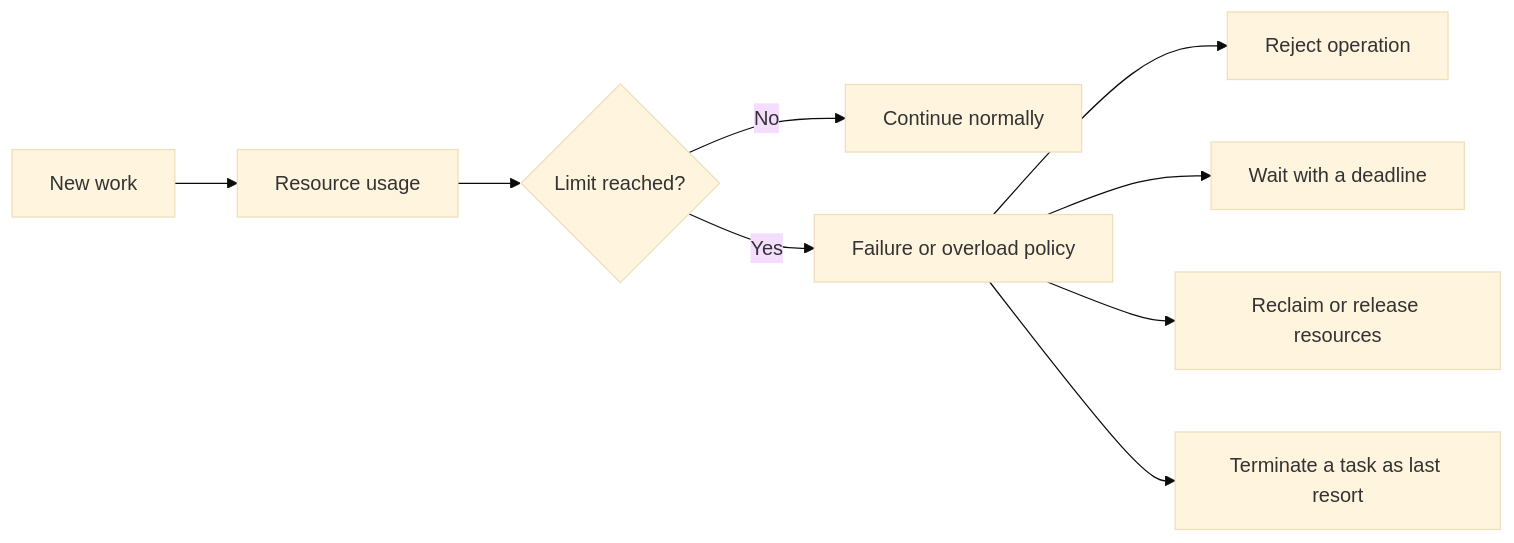
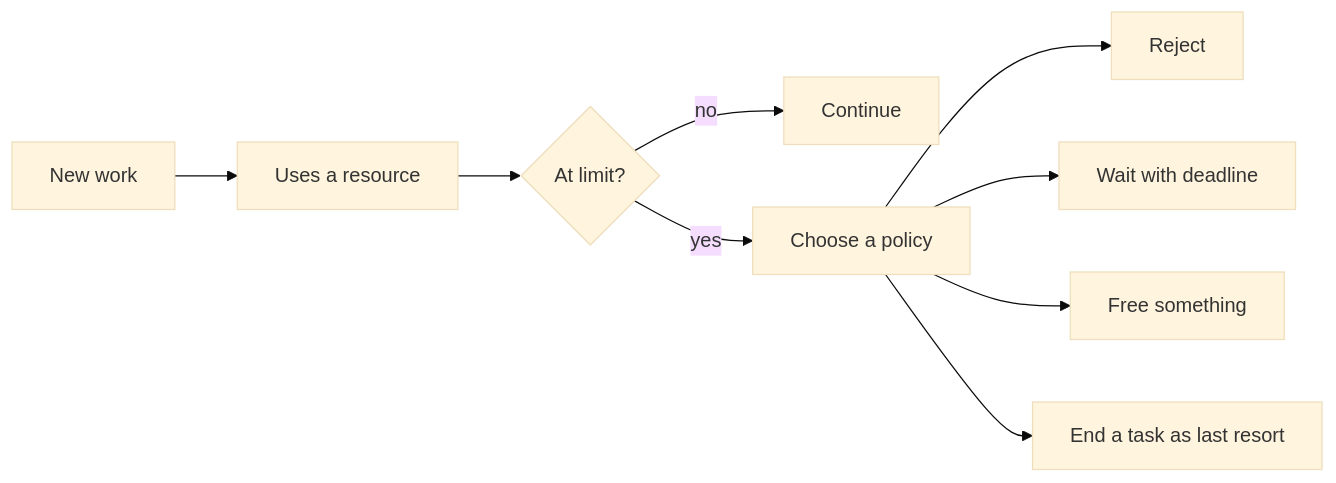
Before and after one commit to amrrdev/amrrdev.github.io: the first of 4 diagrams in _posts/2026-08-24-linux-resource-limits-and-the-oom-killer.md, drawn with Mermaid (base theme). The commit also changed other lines of this file and 15 other files, not shown here.

````diff
--- a/_posts/2026-08-24-linux-resource-limits-and-the-oom-killer.md
+++ b/_posts/2026-08-24-linux-resource-limits-and-the-oom-killer.md
@@ -46,11 +37,11 @@
 ```mermaid
 flowchart LR
-    Work[New work] --> Resource[Resource usage]
-    Resource --> Check{Limit reached?}
-    Check -->|No| Continue[Continue normally]
-    Check -->|Yes| Policy[Failure or overload policy]
-    Policy --> Reject[Reject operation]
-    Policy --> Wait[Wait with a deadline]
-    Policy --> Reclaim[Reclaim or release resources]
-    Policy --> Kill[Terminate a task as last resort]
+    Work[New work] --> Use[Uses a resource]
+    Use --> Check{At limit?}
+    Check -->|no| Continue[Continue]
+    Check -->|yes| Policy[Choose a policy]
+    Policy --> Reject[Reject]
+    Policy --> Wait[Wait with deadline]
+    Policy --> Reclaim[Free something]
+    Policy --> Kill[End a task as last resort]
 ```
````
